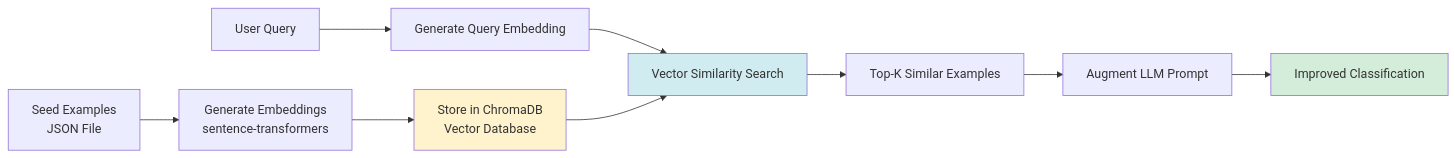
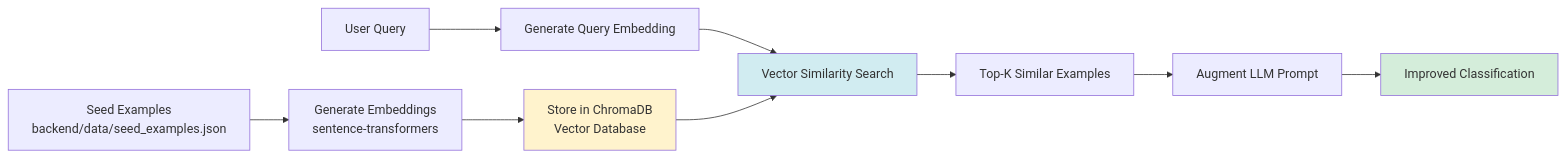
One commit to nolanimage/hk-waste-classification-system changed the second of 2 diagrams in README.md. Above: the diagram before and after it, drawn with Mermaid.

Commit message:
Clarify seed examples file location in flowchart and project structure

````diff
--- a/README.md
+++ b/README.md
@@ -212,16 +212,16 @@
 ```mermaid
 flowchart LR
-    SeedData[Seed Examples<br/>JSON File] --> Embed[Generate Embeddings<br/>sentence-transformers]
+    SeedData[Seed Examples<br/>backend/data/seed_examples.json] --> Embed[Generate Embeddings<br/>sentence-transformers]
     Embed --> Store[Store in ChromaDB<br/>Vector Database]
     
     UserQuery[User Query] --> QueryEmbed[Generate Query Embedding]
     QueryEmbed --> Similarity[Vector Similarity Search]
     Store --> Similarity
     Similarity --> TopK[Top-K Similar Examples]
     TopK --> LLMPrompt[Augment LLM Prompt]
     LLMPrompt --> BetterResult[Improved Classification]
     
     style Store fill:#fff3cd
     style Similarity fill:#d1ecf1
     style BetterResult fill:#d4edda
 ```
````
